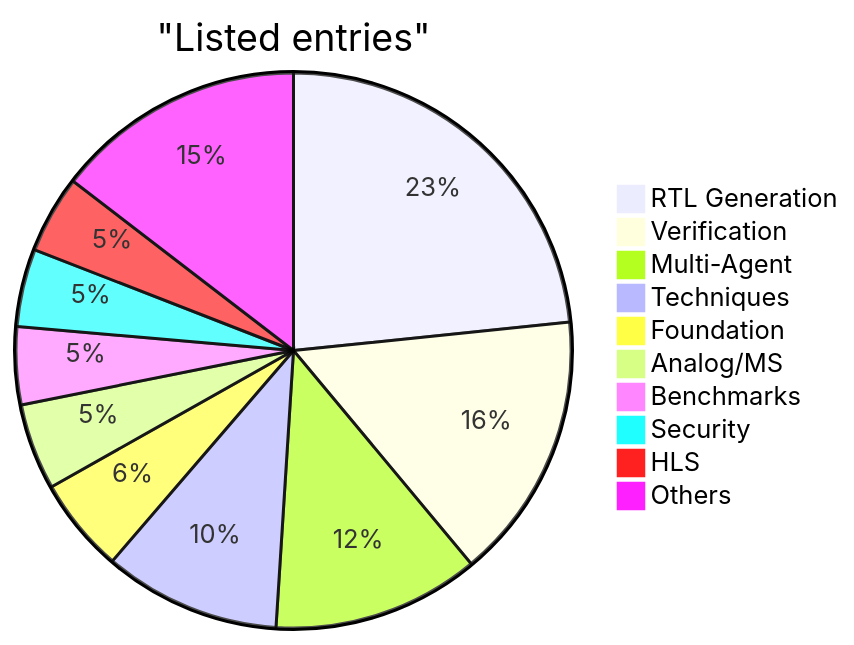
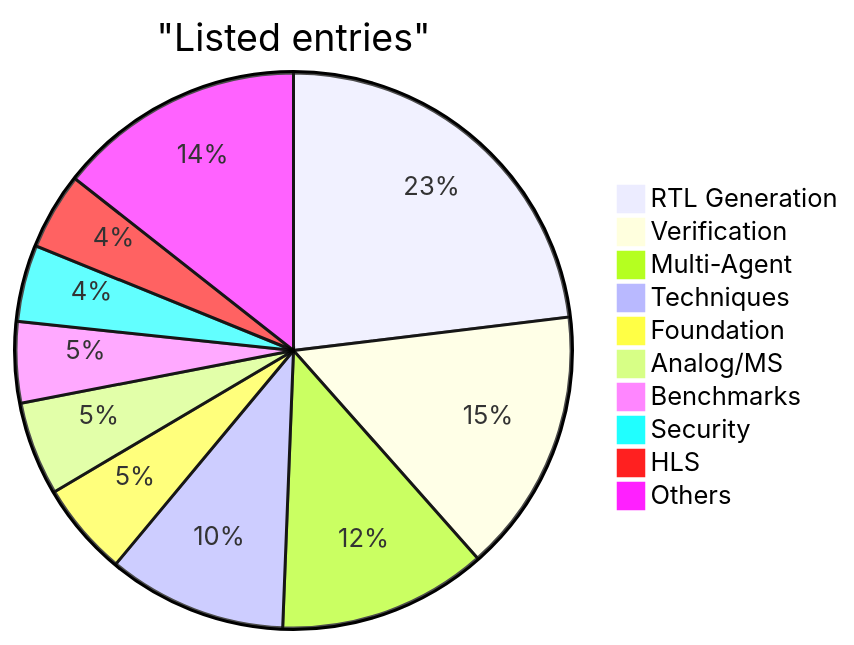
The second of 2 diagrams in README.md (chateda-ichip/Awesome-AI-for-Chip-Design), drawn with Mermaid before and after one commit. The commit also changed other lines of this file, not shown here.

Commit message:
Update papers:VLM-CAD & Graph Neural Networks Based Analog Circuit Link Prediction

````diff
--- a/README.md
+++ b/README.md
@@ -29,13 +29,13 @@
 ```mermaid
 pie title "Listed entries"
     "RTL Generation" : 93
     "Verification" : 62
-    "Multi-Agent" : 48
-    "Techniques" : 41
+    "Multi-Agent" : 49
+    "Techniques" : 42
     "Foundation" : 22
-    "Analog/MS" : 20
-    "Benchmarks" : 18
+    "Analog/MS" : 22
+    "Benchmarks" : 19
     "Security" : 18
     "HLS" : 18
     "Others" : 58
 ```
````
